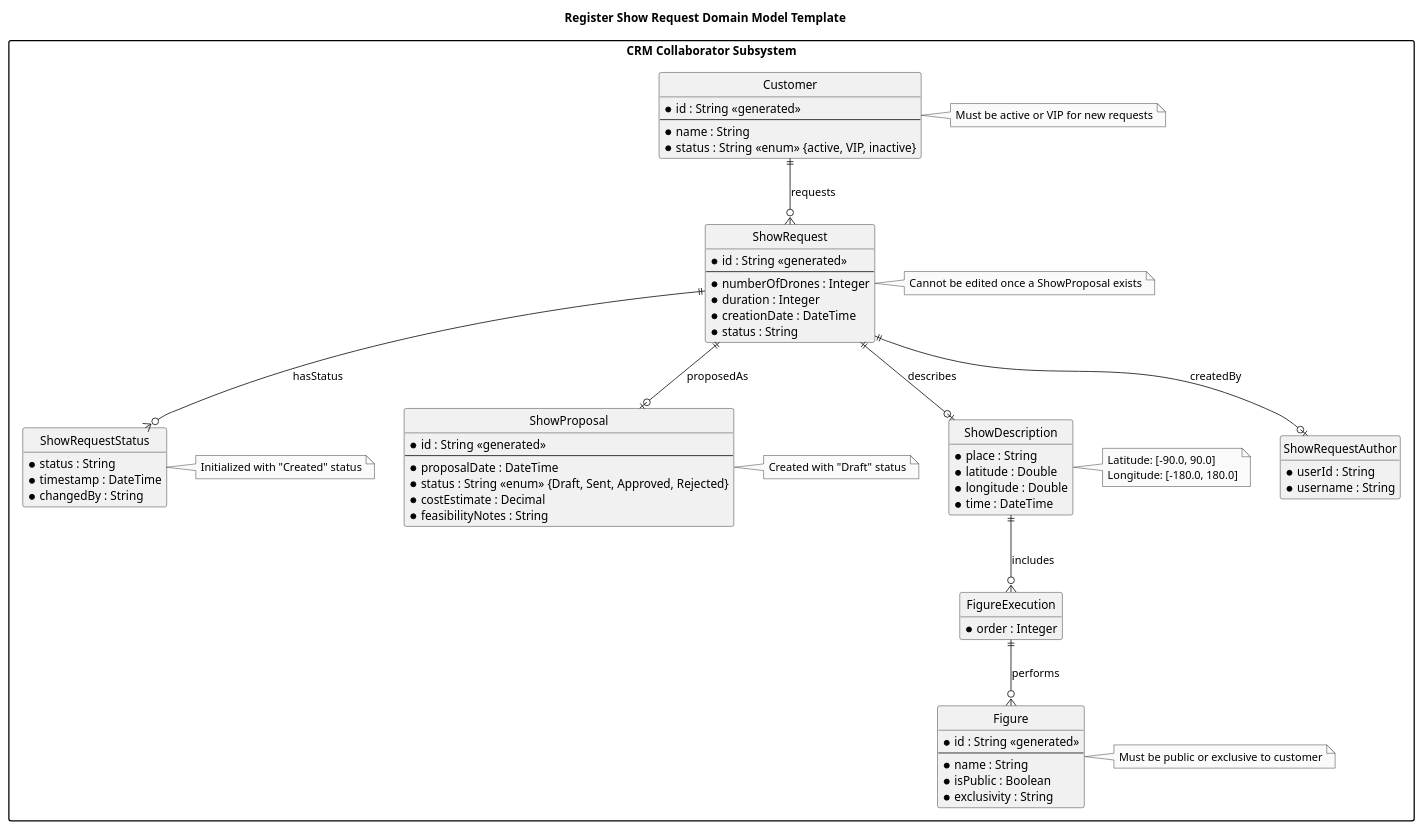
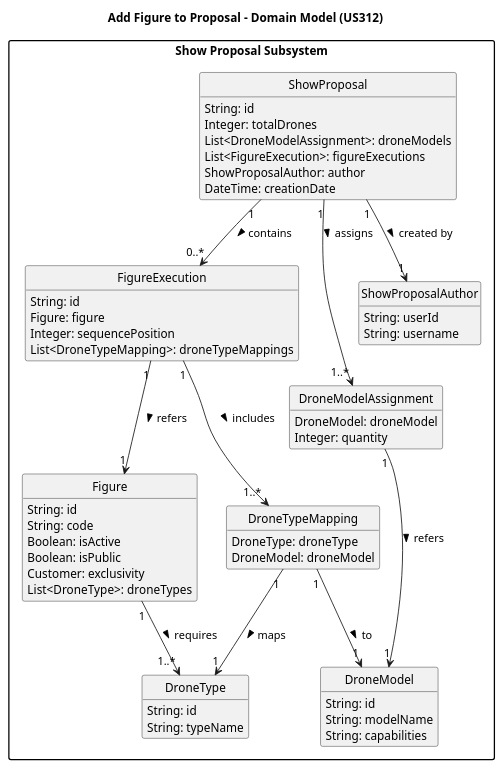
The diagram in docs/planning/sprint3/EAPLI/US312 - Add figures to a proposal (Jorge)/02.analysis/puml/us230-domain-model.puml (SAEmanuel/Shodrone_ISEP), drawn with PlantUML before and after one commit. The commit also changed other lines of this file and 2 other files, not shown here.

```diff
--- a/docs/planning/sprint3/EAPLI/US312 - Add figures to a proposal (Jorge)/02.analysis/puml/us230-domain-model.puml
+++ b/docs/planning/sprint3/EAPLI/US312 - Add figures to a proposal (Jorge)/02.analysis/puml/us230-domain-model.puml
@@ -1,88 +1,76 @@
 @startuml
 
 skinparam monochrome true
 skinparam packageStyle rectangle
 skinparam shadowing false
 
-title Register Show Request Domain Model Template
+title Add Figure to Proposal - Domain Model (US312)
 
 hide circles
 hide methods
 
-package "CRM Collaborator Subsystem" {
+package "Show Proposal Subsystem" {
 
-    entity "Customer" as Customer {
-      * id : String <<generated>>
-      --
-      * name : String
-      * status : String <<enum>> {active, VIP, inactive}
+    class ShowProposal {
+        String: id
+        Integer: totalDrones
+        List<DroneModelAssignment>: droneModels
+        List<FigureExecution>: figureExecutions
+        ShowProposalAuthor: author
+        DateTime: creationDate
     }
 
-    entity "ShowRequest" as ShowRequest {
-      * id : String <<generated>>
-      --
-      * numberOfDrones : Integer
-      * duration : Integer
-      * creationDate : DateTime
-      * status : String
+    class FigureExecution {
+        String: id
+        Figure: figure
+        Integer: sequencePosition
+        List<DroneTypeMapping>: droneTypeMappings
     }
 
-    entity "ShowProposal" as ShowProposal {
-      * id : String <<generated>>
-      --
-      * proposalDate : DateTime
-      * status : String <<enum>> {Draft, Sent, Approved, Rejected}
-      * costEstimate : Decimal
-      * feasibilityNotes : String
+    class Figure {
+        String: id
+        String: code
+        Boolean: isActive
+        Boolean: isPublic
+        Customer: exclusivity
+        List<DroneType>: droneTypes
     }
 
-    entity "ShowDescription" as ShowDescription {
-      * place : String
-      * latitude : Double
-      * longitude : Double
-      * time : DateTime
+    class DroneTypeMapping {
+        DroneType: droneType
+        DroneModel: droneModel
     }
 
-    entity "FigureExecution" as FigureExecution {
-      * order : Integer
+    class DroneModelAssignment {
+        DroneModel: droneModel
+        Integer: quantity
     }
 
-    entity "Figure" as Figure {
-      * id : String <<generated>>
-      --
-      * name : String
-      * isPublic : Boolean
-      * exclusivity : String
+    class DroneModel {
+        String: id
+        String: modelName
+        String: capabilities
     }
 
-    entity "ShowRequestAuthor" as ShowRequestAuthor {
-      * userId : String
-      * username : String
+    class DroneType {
+        String: id
+        String: typeName
     }
 
-    entity "ShowRequestStatus" as ShowRequestStatus {
-      * status : String
-      * timestamp : DateTime
-      * changedBy : String
+    class ShowProposalAuthor {
+        String: userId
+        String: username
     }
 
-    ' Relationships
-    Customer ||--o{ ShowRequest : requests
-    ShowRequest ||--o| ShowDescription : describes
-    ShowDescription ||--o{ FigureExecution : includes
-    FigureExecution ||--o{ Figure : performs
-    ShowRequest ||--o| ShowRequestAuthor : createdBy
-    ShowRequest ||--o{ ShowRequestStatus : hasStatus
-    ShowRequest ||--o| ShowProposal : proposedAs
-
-    ' Notes on constraints
-    note right of Customer: Must be active or VIP for new requests
-    note right of Figure: Must be public or exclusive to customer
-    note right of ShowRequestStatus: Initialized with "Created" status
-    note right of ShowProposal: Created with "Draft" status
-    note right of ShowRequest: Cannot be edited once a ShowProposal exists
-    note right of ShowDescription: Latitude: [-90.0, 90.0]\nLongitude: [-180.0, 180.0]
-
+    ShowProposal "1" --> "0..*" FigureExecution : contains >
+    FigureExecution "1" --> "1" Figure : refers >
+    FigureExecution "1" --> "1..*" DroneTypeMapping : includes >
+    DroneTypeMapping "1" --> "1" DroneType : maps >
+    DroneTypeMapping "1" --> "1" DroneModel : to >
+    ShowProposal "1" --> "1..*" DroneModelAssignment : assigns >
+    DroneModelAssignment "1" --> "1" DroneModel : refers >
+    ShowProposal "1" --> "1" ShowProposalAuthor : created by >
+    Figure "1" --> "1..*" DroneType : requires >
 }
 
 @enduml
```
